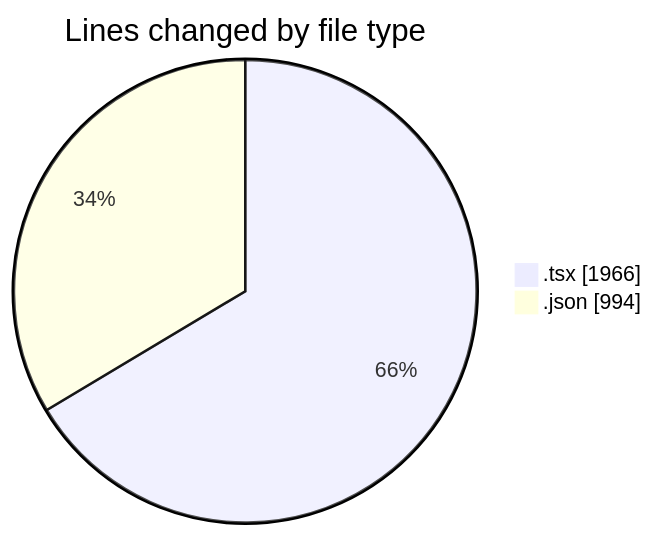
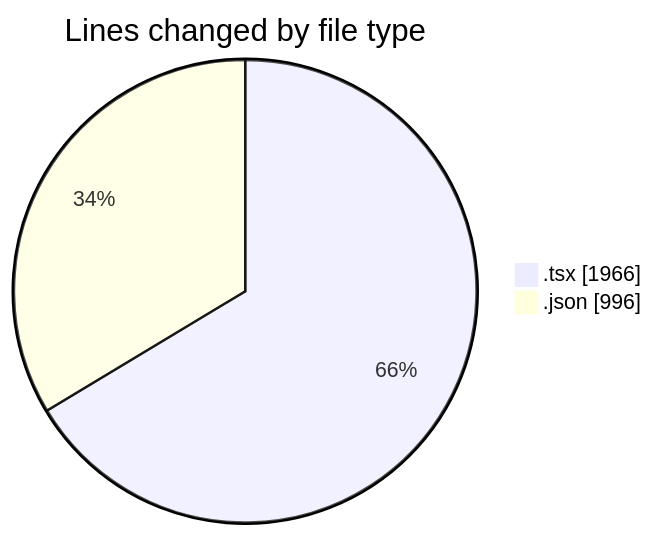
The first of 2 diagrams in 2025-08-13/ribbon/README.md (EIIisD/code-tracking), drawn with Mermaid before and after one commit. The commit also changed other lines of this file and 1 other file, not shown here.

````diff
--- a/2025-08-13/ribbon/README.md
+++ b/2025-08-13/ribbon/README.md
@@ -31,6 +31,6 @@
 ```mermaid
 pie showData
 title Lines changed by file type
 ".tsx" : 1966
-".json" : 994
+".json" : 996
 ```
````
